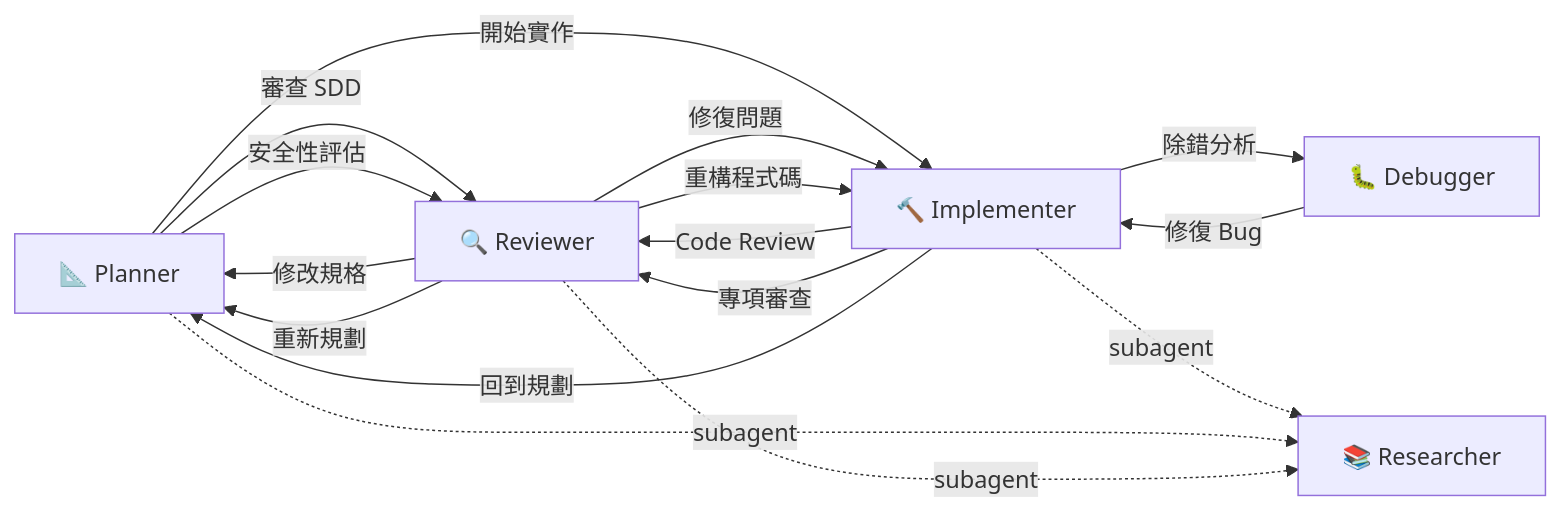
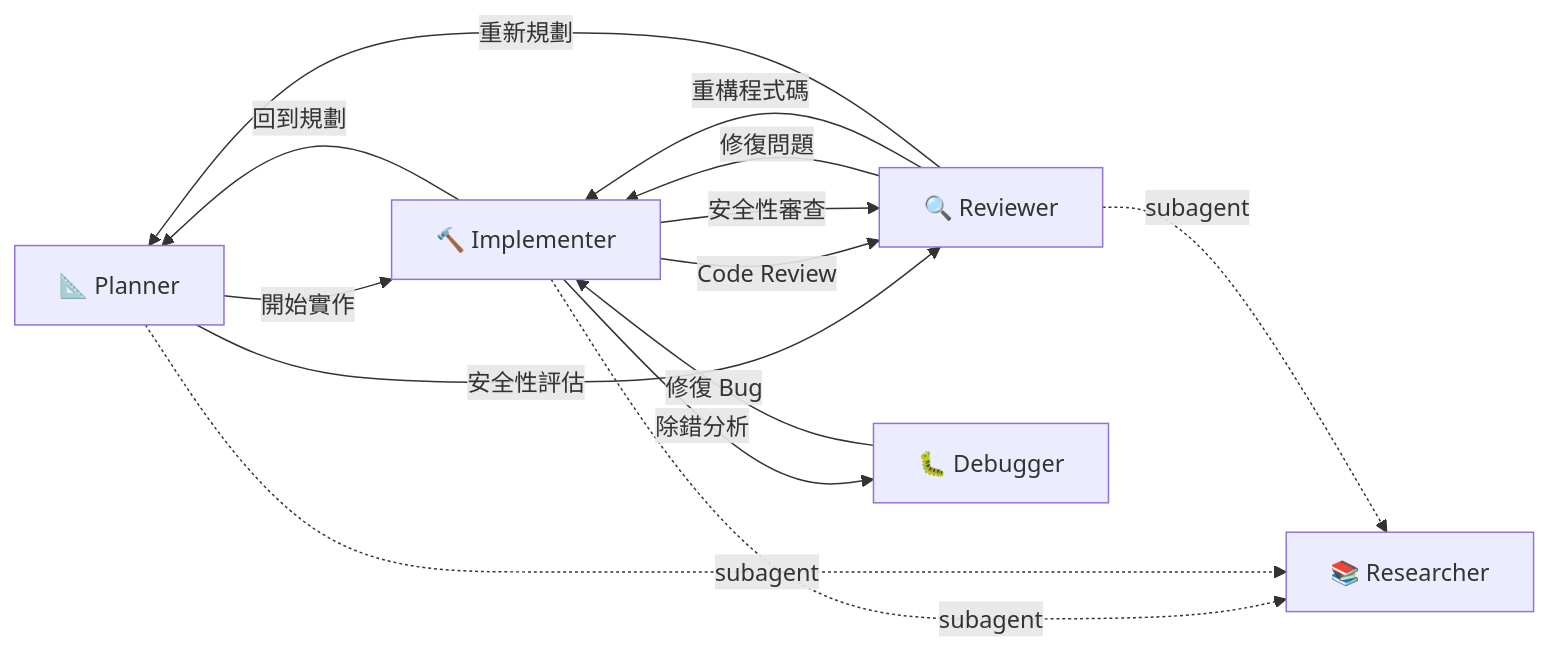
The second of 2 diagrams in README.zh-TW.md (zexion7873/copilot-setting), drawn with Mermaid before and after one commit. The commit also changed other lines of this file and 15 other files, not shown here.

````diff
--- a/README.zh-TW.md
+++ b/README.zh-TW.md
@@ -129,22 +129,20 @@
 ```mermaid
 flowchart LR
-    Planner["📐 Planner"] -->|"審查 SDD"| Reviewer
-    Planner -->|"開始實作"| Implementer
+    Planner["📐 Planner"] -->|"開始實作"| Implementer
     Planner -->|"安全性評估"| Reviewer
 
     Implementer["🔨 Implementer"] -->|"Code Review"| Reviewer
-    Implementer -->|"專項審查"| Reviewer
+    Implementer -->|"安全性審查"| Reviewer
     Implementer -->|"除錯分析"| Debugger
     Implementer -->|"回到規劃"| Planner
 
     Reviewer["🔍 Reviewer"] -->|"修復問題"| Implementer
     Reviewer -->|"重構程式碼"| Implementer
-    Reviewer -->|"修改規格"| Planner
     Reviewer -->|"重新規劃"| Planner
 
     Debugger["🐛 Debugger"] -->|"修復 Bug"| Implementer
 
     Implementer -.->|"subagent"| Researcher["📚 Researcher"]
     Planner -.->|"subagent"| Researcher
     Reviewer -.->|"subagent"| Researcher
 ```
````
